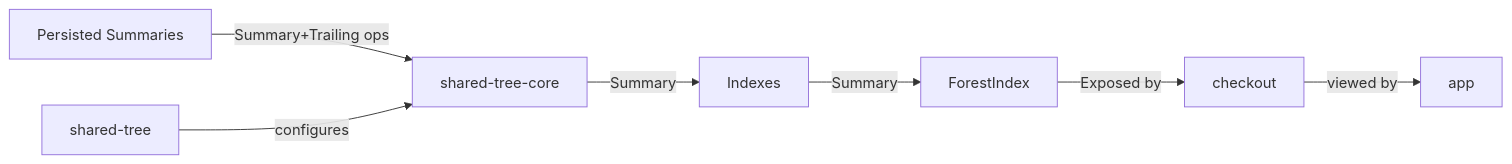
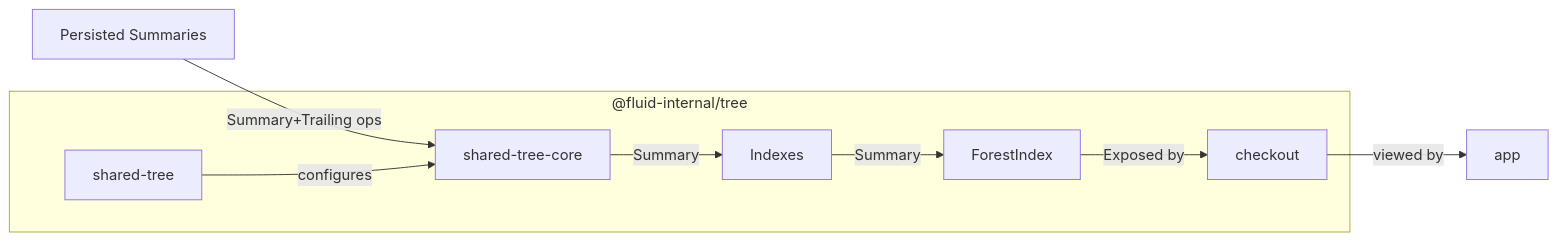
One commit to microsoft/FluidFramework changed the second of 5 diagrams in packages/dds/tree/README.md. Above: the diagram before and after it, drawn with Mermaid. The commit also changed other lines of this file, not shown here.

Commit message:
use subgraph and make all charts left to right

````diff
--- a/packages/dds/tree/README.md
+++ b/packages/dds/tree/README.md
@@ -113,8 +119,10 @@
 ```mermaid
-graph LR;
+flowchart LR;
     doc["Persisted Summaries"]--"Summary+Trailing ops"-->shared-tree-core
-    shared-tree--"configures"-->shared-tree-core
-    shared-tree-core--"Summary"-->Indexes--"Summary"-->ForestIndex;
-    ForestIndex--"Exposed by"-->checkout;
+    subgraph "@fluid-internal/tree"
+        shared-tree--"configures"-->shared-tree-core
+        shared-tree-core--"Summary"-->Indexes--"Summary"-->ForestIndex;
+        ForestIndex--"Exposed by"-->checkout;
+    end
     checkout--"viewed by"-->app
 ```
````
